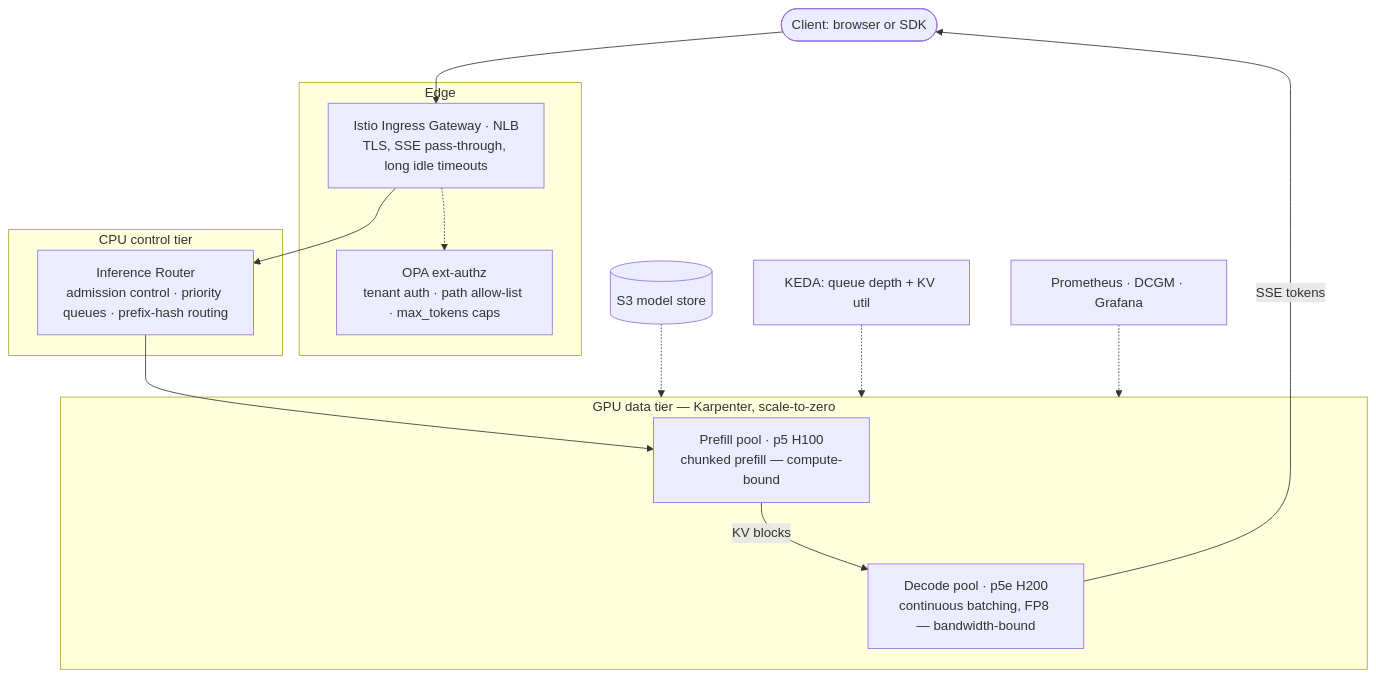
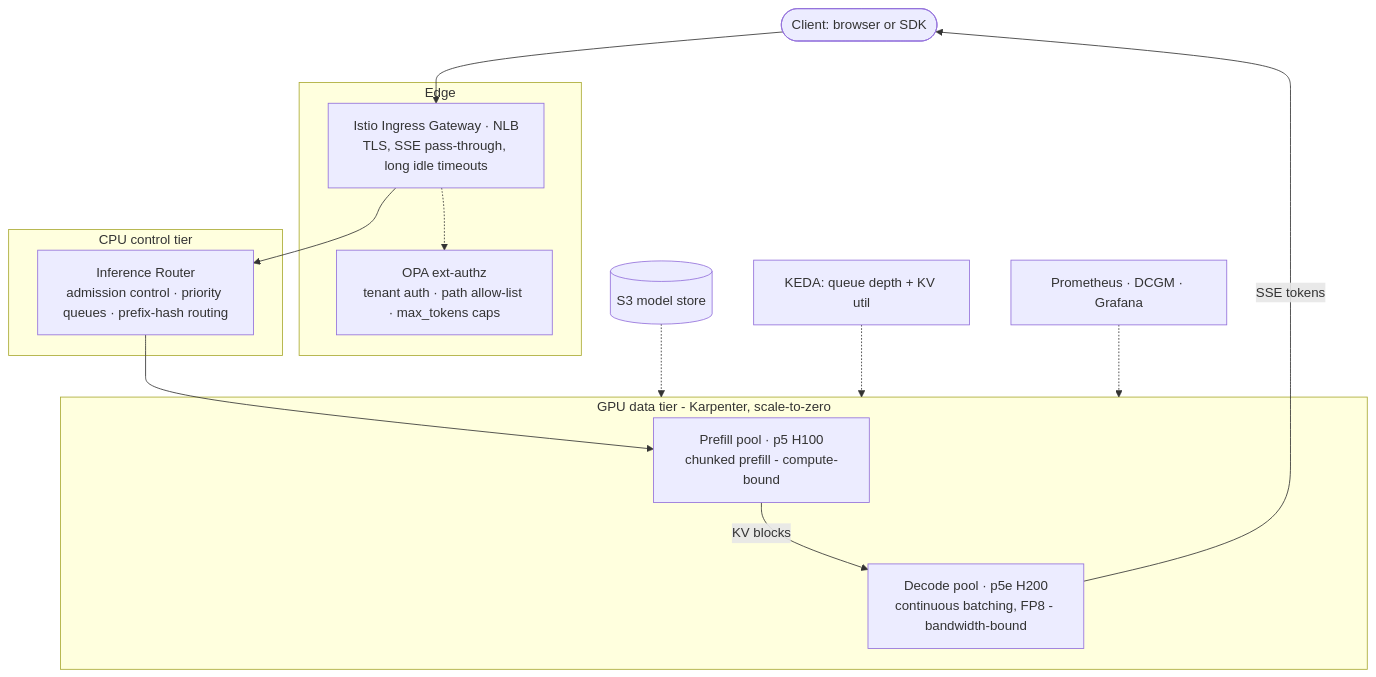
One commit to ai-instinct/enterprise-ai-inference-eks changed the diagram in README.md. Above: the diagram before and after it, drawn with Mermaid. The commit also changed other lines of this file and 7 other files, not shown here.

First line of the commit message:
docs: animated request-flow banner, icon-only logos, model weight path

````diff
--- a/README.md
+++ b/README.md
@@ -35,29 +41,29 @@
 ```mermaid
 flowchart TB
     client([Client: browser or SDK])
 
     subgraph edge [Edge]
         gw[Istio Ingress Gateway · NLB<br/>TLS, SSE pass-through, long idle timeouts]
         opa[OPA ext-authz<br/>tenant auth · path allow-list · max_tokens caps]
     end
 
     subgraph cpu [CPU control tier]
         router[Inference Router<br/>admission control · priority queues · prefix-hash routing]
     end
 
-    subgraph gpu [GPU data tier — Karpenter, scale-to-zero]
-        prefill[Prefill pool · p5 H100<br/>chunked prefill — compute-bound]
-        decode[Decode pool · p5e H200<br/>continuous batching, FP8 — bandwidth-bound]
+    subgraph gpu [GPU data tier - Karpenter, scale-to-zero]
+        prefill[Prefill pool · p5 H100<br/>chunked prefill - compute-bound]
+        decode[Decode pool · p5e H200<br/>continuous batching, FP8 - bandwidth-bound]
     end
 
     client --> gw
     gw -.-> opa
     gw --> router
     router --> prefill
     prefill -->|KV blocks| decode
     decode -->|SSE tokens| client
 
     s3[(S3 model store)] -.-> gpu
     keda[KEDA: queue depth + KV util] -.-> gpu
     prom[Prometheus · DCGM · Grafana] -.-> gpu
 ```
````
